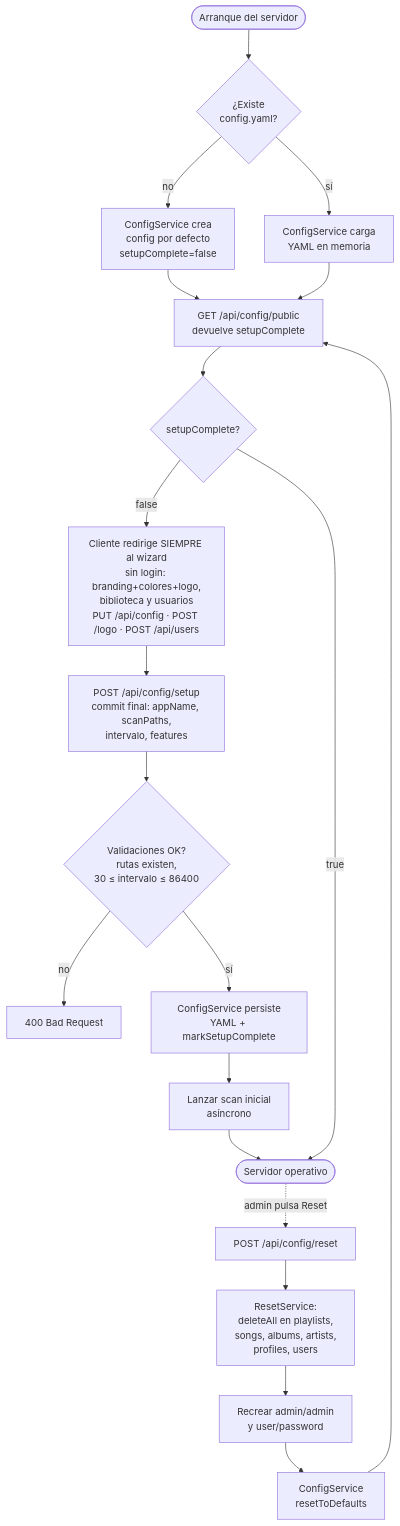
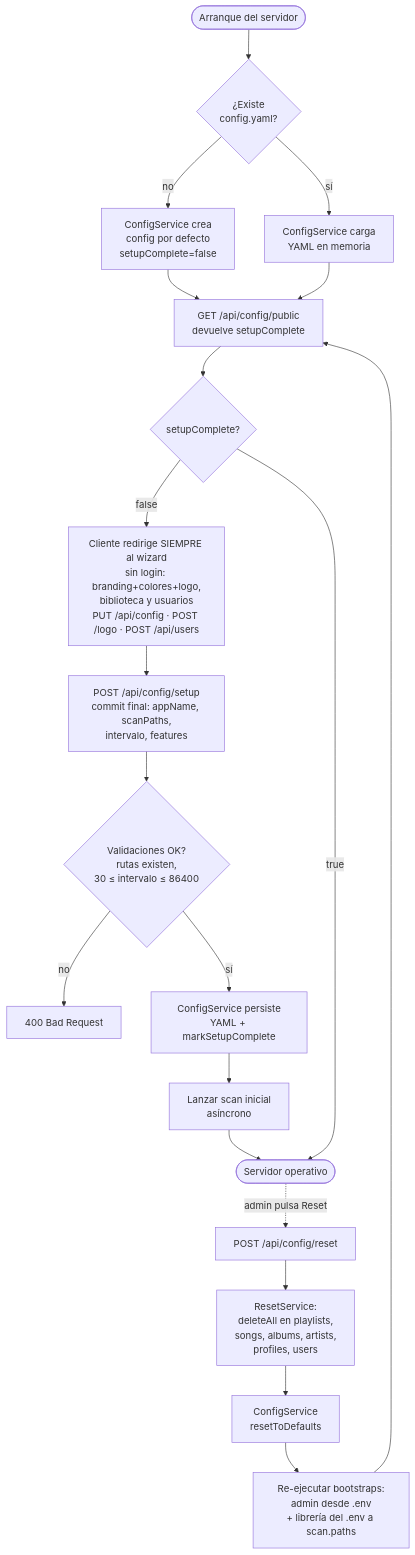
The first of 19 diagrams in README.md (conguchu/selfpotify), drawn with Mermaid before and after one commit. The commit also changed other lines of this file and 2 other files, not shown here.

Commit message:
(fix) reset: re-ejecuta bootstraps de admin y libreria del .env tras vaciar BBDD

````diff
--- a/README.md
+++ b/README.md
@@ -62,22 +62,22 @@
 ```mermaid
 flowchart TD
     Start([Arranque del servidor]) --> Load{¿Existe<br/>config.yaml?}
     Load -- no --> Defaults[ConfigService crea<br/>config por defecto<br/>setupComplete=false]
     Load -- sí --> Read[ConfigService carga<br/>YAML en memoria]
     Defaults --> Public
     Read --> Public[GET /api/config/public<br/>devuelve setupComplete]
     Public --> Decide{setupComplete?}
     Decide -- false --> Wizard[Cliente redirige SIEMPRE al wizard<br/>sin login: branding+colores+logo,<br/>biblioteca y usuarios<br/>PUT /api/config · POST /logo · POST /api/users]
     Wizard --> Setup[POST /api/config/setup<br/>commit final: appName, scanPaths,<br/>intervalo, features]
     Setup --> Validate{Validaciones OK?<br/>rutas existen,<br/>30 ≤ intervalo ≤ 86400}
     Validate -- no --> Err400[400 Bad Request]
     Validate -- sí --> Persist[ConfigService persiste<br/>YAML + markSetupComplete]
     Persist --> AsyncScan[Lanzar scan inicial<br/>asíncrono]
     AsyncScan --> Ready([Servidor operativo])
     Decide -- true --> Ready
     Ready -. admin pulsa Reset .-> Reset[POST /api/config/reset]
     Reset --> Wipe[ResetService:<br/>deleteAll en playlists,<br/>songs, albums, artists,<br/>profiles, users]
-    Wipe --> Seed[Recrear admin/admin<br/>y user/password]
-    Seed --> ResetCfg[ConfigService<br/>resetToDefaults]
-    ResetCfg --> Public
+    Wipe --> ResetCfg[ConfigService<br/>resetToDefaults]
+    ResetCfg --> Reboot[Re-ejecutar bootstraps:<br/>admin desde .env<br/>+ librería del .env a scan.paths]
+    Reboot --> Public
 ```
````
